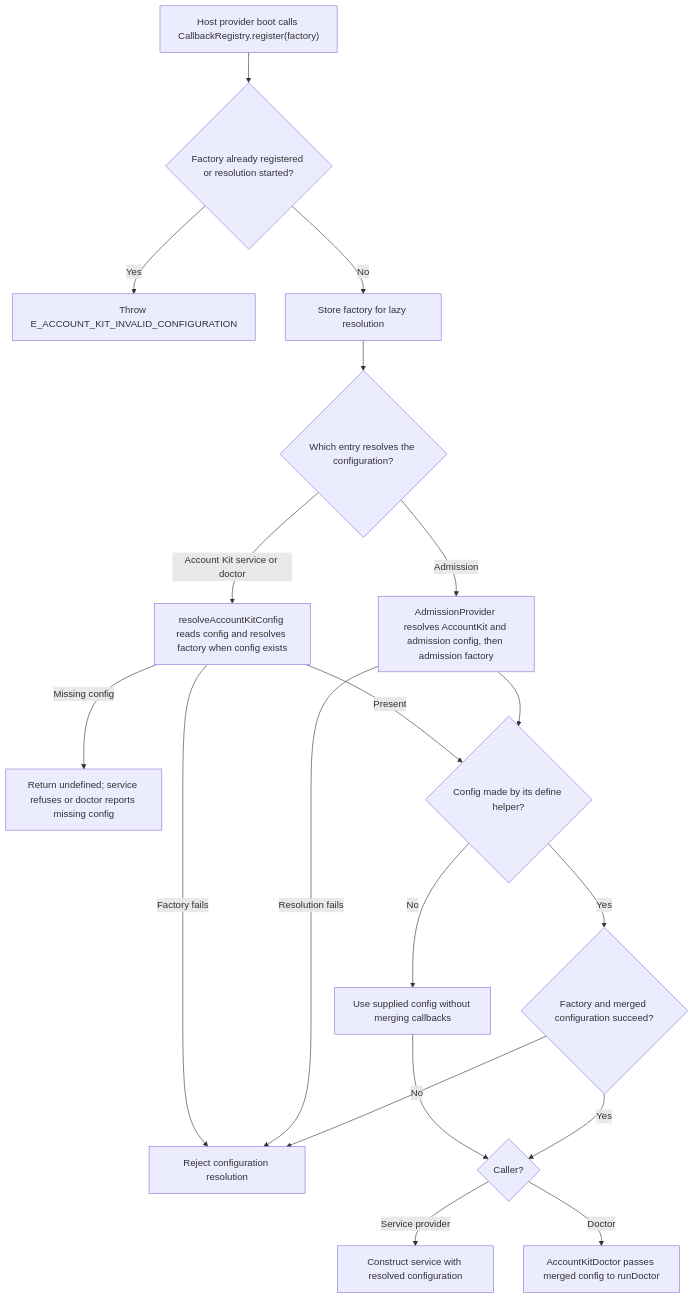
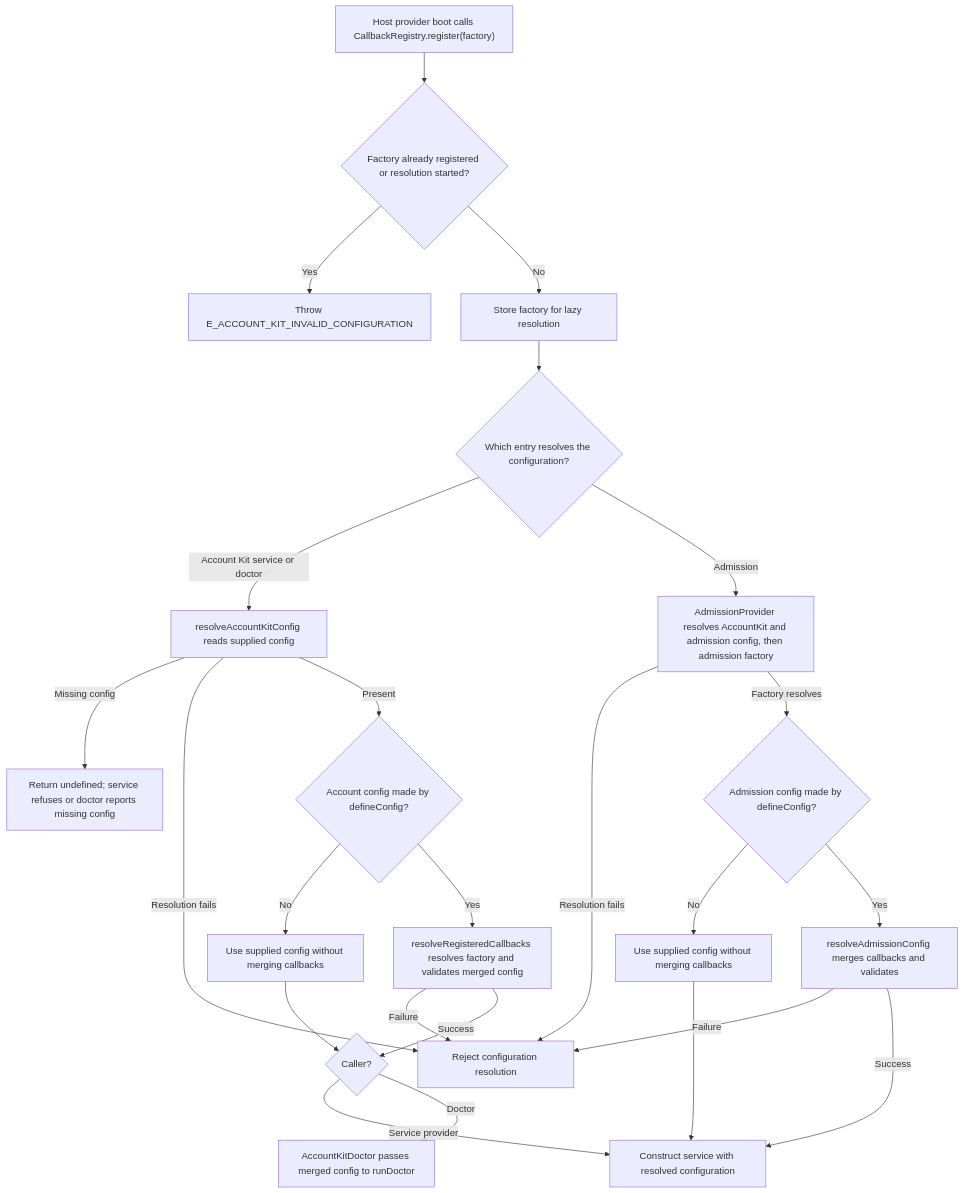
One commit to Kevinjohn/oss-adonisjs-account-kit changed the second of 2 diagrams in user-stories/US-ACCOUNT-65-register-provider-callbacks.md. Above: the diagram before and after it, drawn with Mermaid. The commit also changed other lines of this file and 16 other files, not shown here.

````diff
--- a/user-stories/US-ACCOUNT-65-register-provider-callbacks.md
+++ b/user-stories/US-ACCOUNT-65-register-provider-callbacks.md
@@ -35,21 +35,26 @@
 ```mermaid
 flowchart TD
     A["Host provider boot calls CallbackRegistry.register(factory)"] --> B{"Factory already registered or resolution started?"}
     B -->|Yes| X["Throw E_ACCOUNT_KIT_INVALID_CONFIGURATION"]
     B -->|No| C["Store factory for lazy resolution"]
     C --> D{"Which entry resolves the configuration?"}
-    D -->|Account Kit service or doctor| E["resolveAccountKitConfig reads config and resolves factory when config exists"]
+    D -->|Account Kit service or doctor| E["resolveAccountKitConfig reads supplied config"]
     D -->|Admission| F["AdmissionProvider resolves AccountKit and admission config, then admission factory"]
     E -->|Missing config| M["Return undefined; service refuses or doctor reports missing config"]
-    E -->|Factory fails| I["Reject configuration resolution"]
+    E -->|Resolution fails| I["Reject configuration resolution"]
     F -->|Resolution fails| I
-    E -->|Present| Q{"Config made by its define helper?"}
-    F --> Q
+    E -->|Present| Q{"Account config made by defineConfig?"}
     Q -->|No| R["Use supplied config without merging callbacks"]
+    Q -->|Yes| G["resolveRegisteredCallbacks resolves factory and validates merged config"]
+    G -->|Failure| I
+    G -->|Success| J{"Caller?"}
     R --> J
-    Q -->|Yes| G{"Factory and merged configuration succeed?"}
-    G -->|No| I
-    G -->|Yes| J{"Caller?"}
+    F -->|Factory resolves| T{"Admission config made by defineConfig?"}
+    T -->|No| U["Use supplied config without merging callbacks"]
+    T -->|Yes| V["resolveAdmissionConfig merges callbacks and validates"]
+    U --> H
+    V -->|Failure| I
+    V -->|Success| H
     J -->|Service provider| H["Construct service with resolved configuration"]
     J -->|Doctor| K["AccountKitDoctor passes merged config to runDoctor"]
 ```
````
